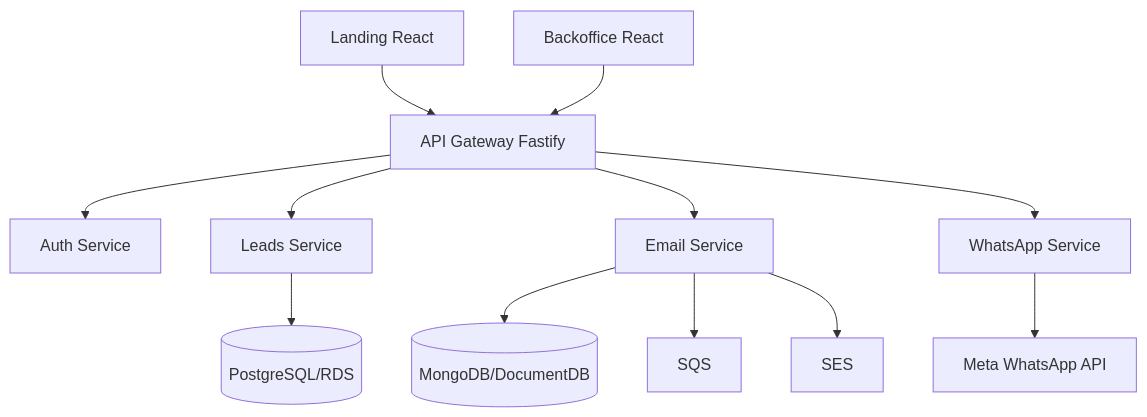
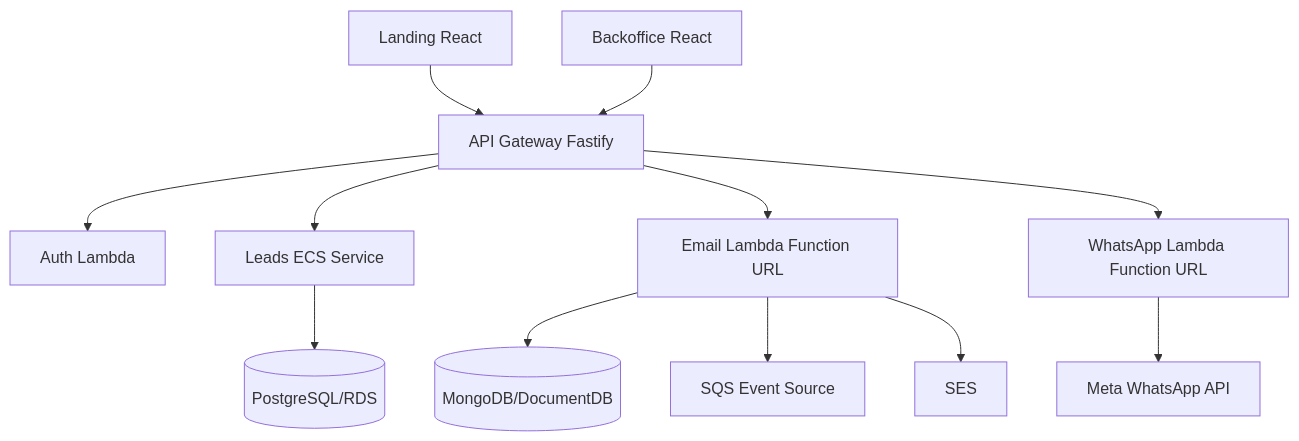
One commit to gercenioxsilva/crm-lite changed the diagram in README.md. Above: the diagram before and after it, drawn with Mermaid. The commit also changed other lines of this file and 18 other files, not shown here.

````diff
--- a/README.md
+++ b/README.md
@@ -25,14 +25,14 @@
 ```mermaid
 graph TB
   landing[Landing React] --> gateway[API Gateway Fastify]
   backoffice[Backoffice React] --> gateway
-  gateway --> auth[Auth Service]
-  gateway --> leads[Leads Service]
-  gateway --> email[Email Service]
-  gateway --> whatsapp[WhatsApp Service]
+  gateway --> auth[Auth Lambda]
+  gateway --> leads[Leads ECS Service]
+  gateway --> email[Email Lambda Function URL]
+  gateway --> whatsapp[WhatsApp Lambda Function URL]
   leads --> postgres[(PostgreSQL/RDS)]
   email --> mongo[(MongoDB/DocumentDB)]
-  email --> sqs[SQS]
+  email --> sqs[SQS Event Source]
   email --> ses[SES]
   whatsapp --> meta[Meta WhatsApp API]
 ```
````
